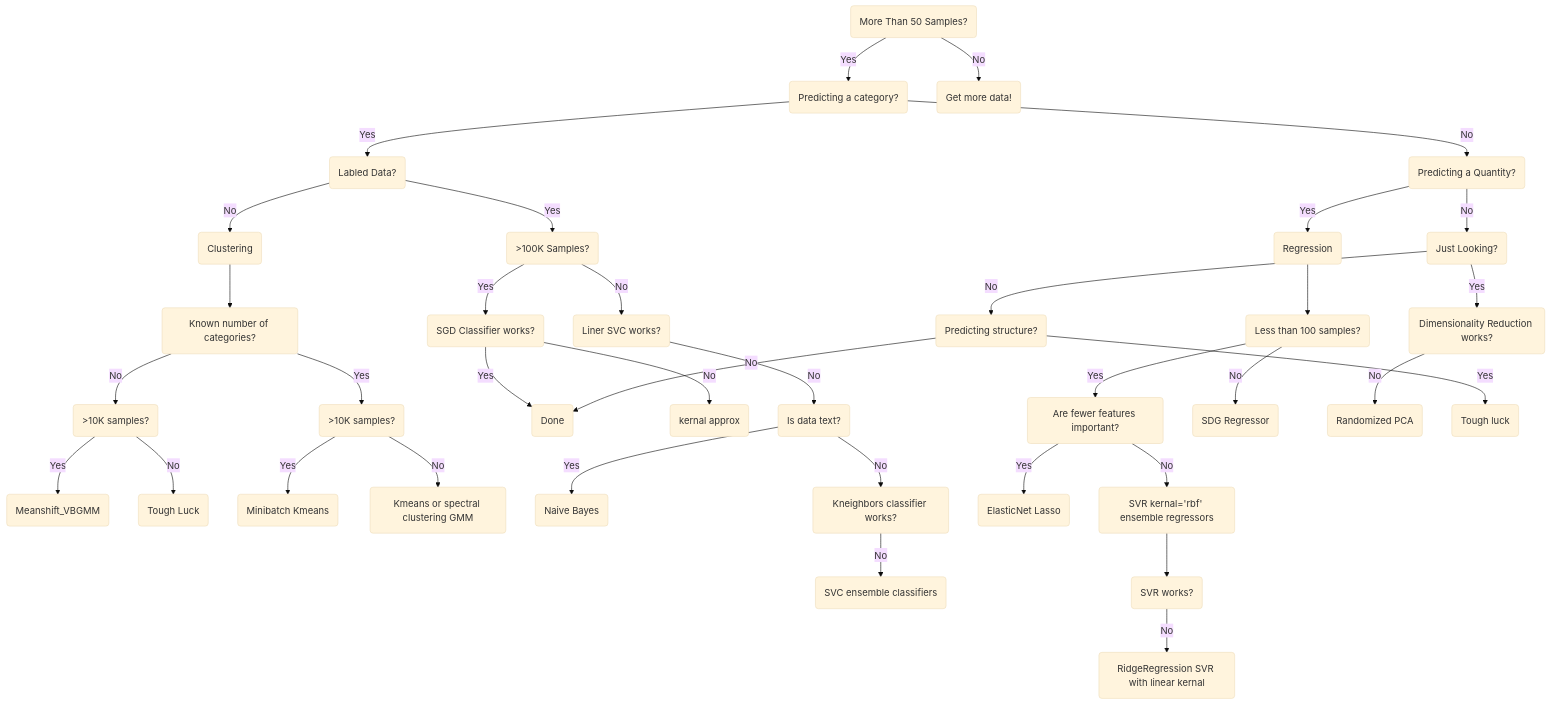
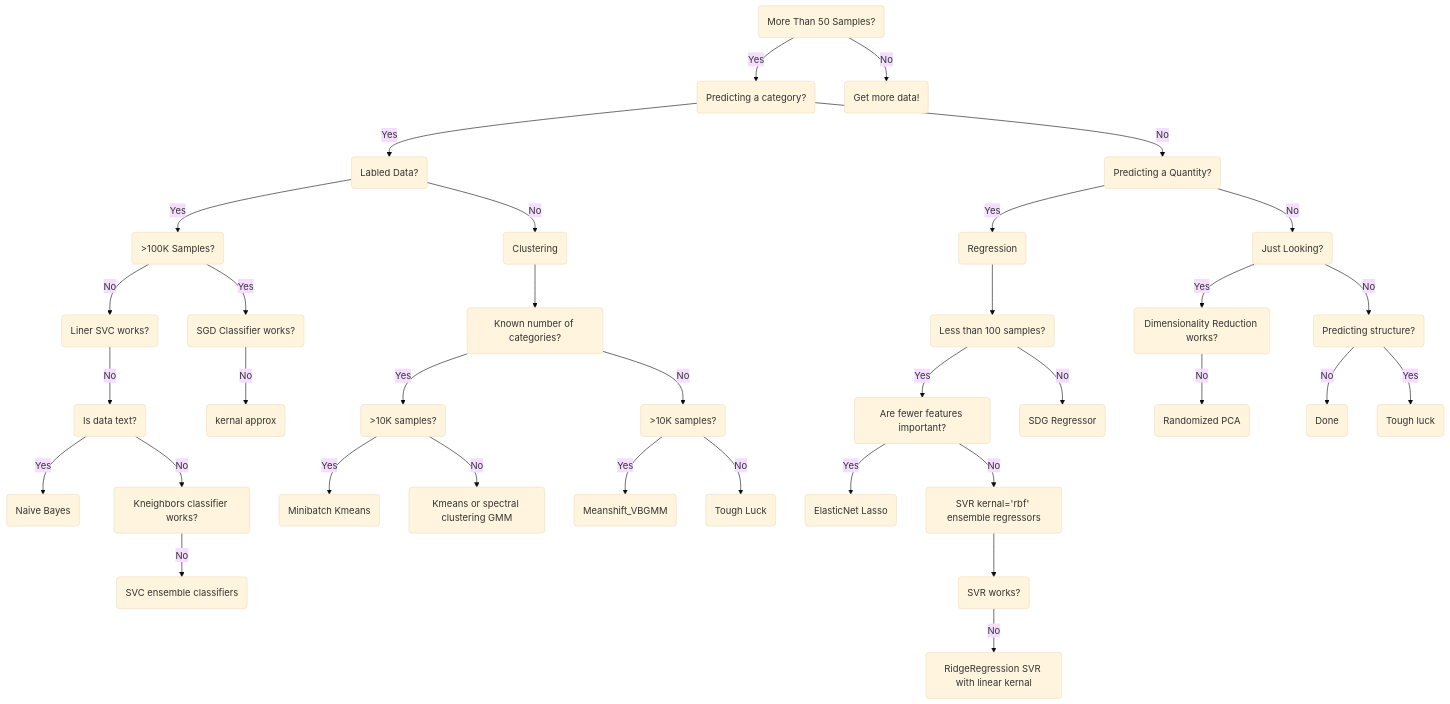
The diagram in ML_Cheatsheet.md (hwetsman/Public_Notes), drawn with Mermaid (base theme) before and after one commit.

````diff
--- a/ML_Cheatsheet.md
+++ b/ML_Cheatsheet.md
@@ -1,75 +1,74 @@
 ```mermaid
 flowchart TD
 id1(More Than 50 Samples?)
   id2(Predicting a category?)
     id1-->|Yes|id2
     id4(Labled Data?)
       id2-->|Yes|id4
       id6(>100K Samples?)
         id4-->|Yes|id6
         id14(Clustering)
         id15(Known number of categories?)
           id16(>10K samples?)
           id17(>10K samples?)
           id15-->|Yes|id16
             id20(Meanshift_VBGMM)
             id98(Tough Luck)
             id17-->|Yes|id20
             id17-->|No|id98
           id15-->|No|id17
             id18(Minibatch Kmeans)
             id19(Kmeans or spectral clustering GMM)
             id16-->|Yes|id18
             id16-->|No|id19
         id14-->id15
         id4-->|No|id14
         id7(Liner SVC works?)
         id6-->|No|id7
         id8(SGD Classifier works?)
-          id8-->|Yes|id99
           id13(kernal approx)
           id8-->|No|id13
         id6-->|Yes|id8
           id9(Is data text?)
           id7-->|No|id9
             id10(Naive Bayes)
             id9-->|Yes|id10
             id11(Kneighbors classifier works?)
             id9-->|No|id11
               id12(SVC ensemble classifiers)
               id11-->|No|id12
               id99(Done)
 
     id5(Predicting a Quantity?)
       id2-->|No|id5
       id30(Regression)
         id32(Less than 100 samples?)
           id33(Are fewer features important?)
             id32-->|Yes|id33
             id34(ElasticNet Lasso)
               id33-->|Yes|id34
             id35(SVR kernal='rbf' ensemble regressors)
               id33-->|No|id35
             id36(SVR works?)
               id35-->id36
             id37(RidgeRegression SVR with linear kernal)
               id36-->|No|id37
         id38(SDG Regressor)
           id32-->|No|id38
       id31(Just Looking?)
         id5-->|Yes|id30
         id30-->id32
         id5-->|No|id31
         id40(Dimensionality Reduction works?)
           id31-->|Yes|id40
         id41(Randomized PCA)
           id40-->|No|id41
         id42(Predicting structure?)
         id31-->|No|id42
           id42-->|No|id99
           id97(Tough luck)
           id42-->|Yes|id97
 
   id3(Get more data!)
     id1-->|No|id3
 ```
````
